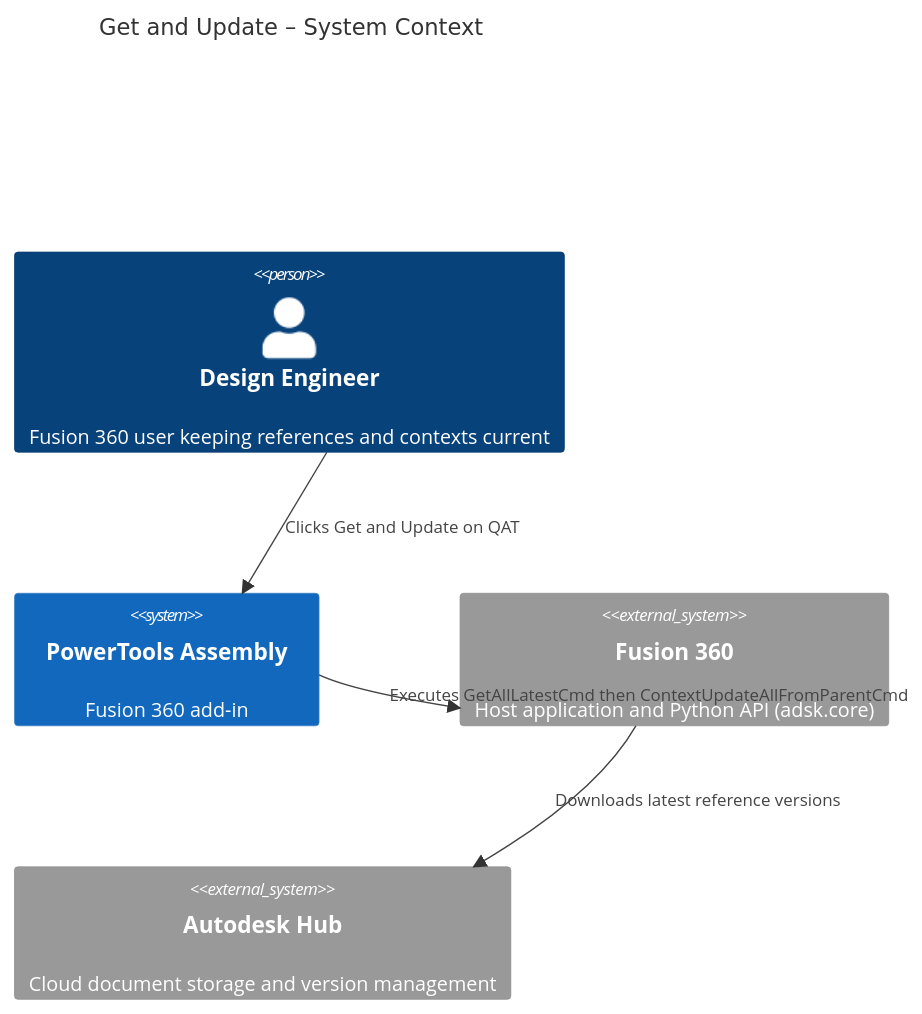
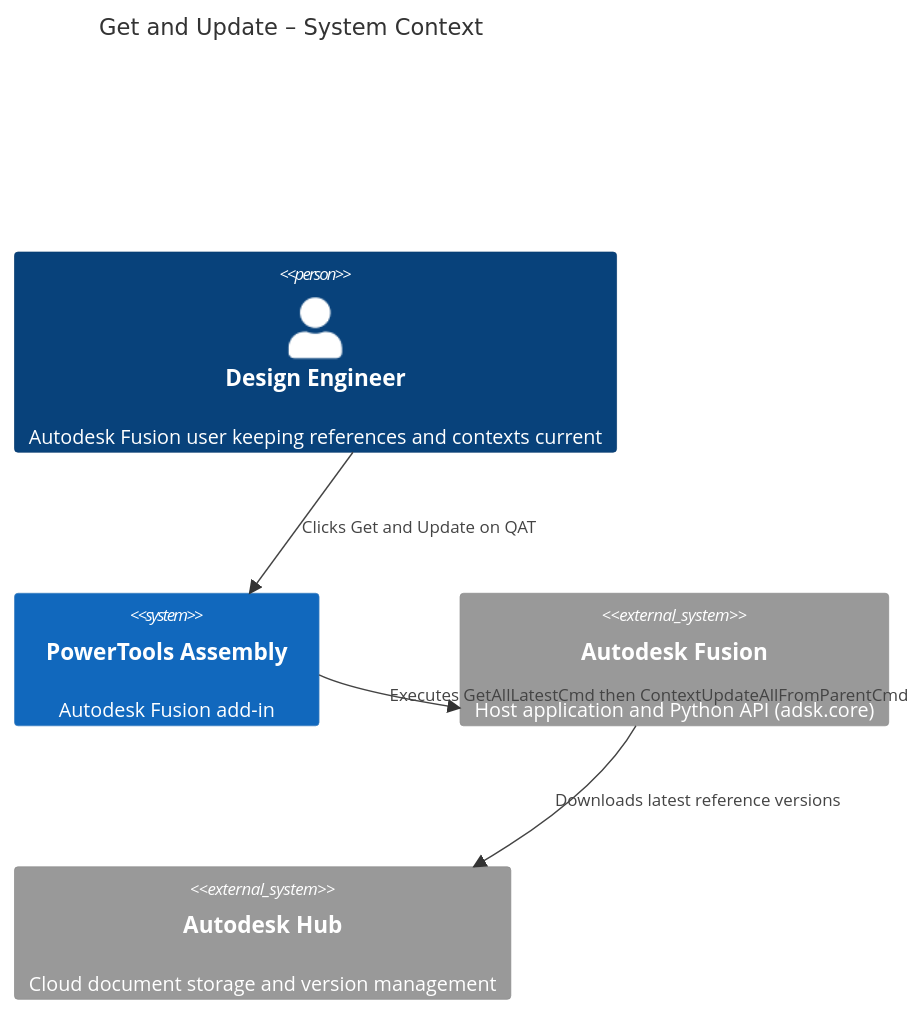
One commit to schneik80/PowerTools-Assembly changed the first of 2 diagrams in docs/Get and Update.md. Above: the diagram before and after it, drawn with Mermaid. The commit also changed other lines of this file and 9 other files, not shown here.

Commit message:
Update documentation to replace "Fusion 360" with "Autodesk Fusion" for consistency and clarity

````diff
--- a/docs/Get and Update.md
+++ b/docs/Get and Update.md
@@ -38,13 +38,13 @@
 ```mermaid
 C4Context
   title Get and Update – System Context
 
-  Person(user, "Design Engineer", "Fusion 360 user keeping references and contexts current")
-  System(addin, "PowerTools Assembly", "Fusion 360 add-in")
-  System_Ext(fusion, "Fusion 360", "Host application and Python API (adsk.core)")
+  Person(user, "Design Engineer", "Autodesk Fusion user keeping references and contexts current")
+  System(addin, "PowerTools Assembly", "Autodesk Fusion add-in")
+  System_Ext(fusion, "Autodesk Fusion", "Host application and Python API (adsk.core)")
   System_Ext(hub, "Autodesk Hub", "Cloud document storage and version management")
 
   Rel(user, addin, "Clicks Get and Update on QAT")
   Rel(addin, fusion, "Executes GetAllLatestCmd then ContextUpdateAllFromParentCmd")
   Rel(fusion, hub, "Downloads latest reference versions")
 ```
````
